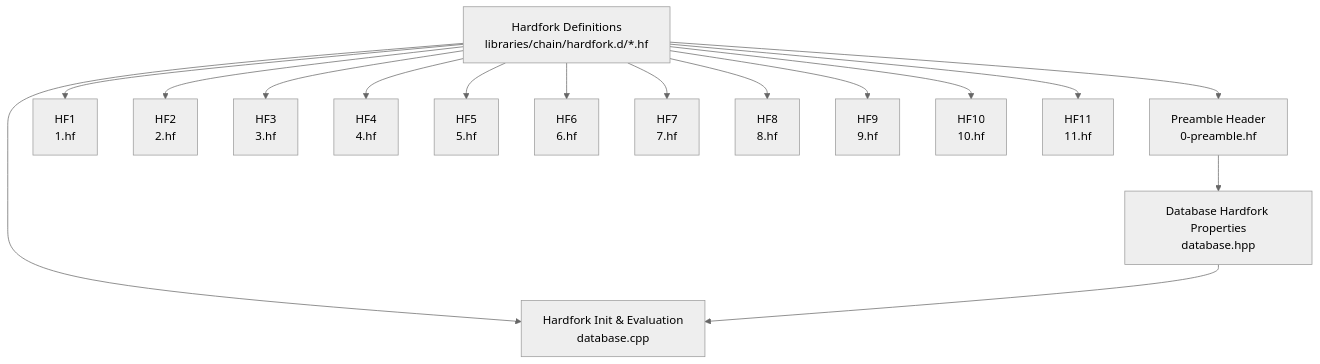
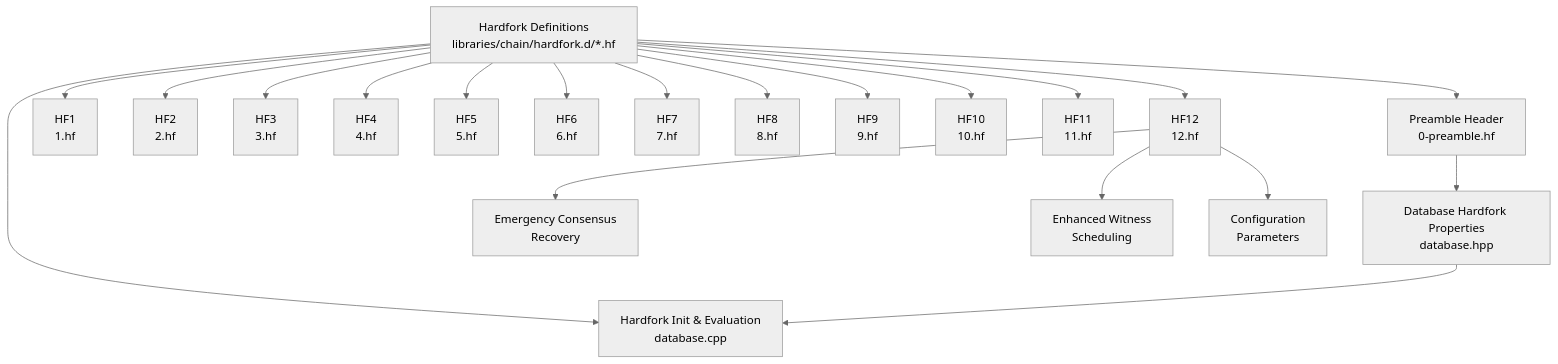
Before and after one commit to VIZ-Blockchain/viz-cpp-node: the first of 7 diagrams in .qoder/repowiki/en/content/Advanced Topics/Hardfork Management.md, drawn with Mermaid (neutral theme). The commit also changed other lines of this file and 4 other files, not shown here.

First line of the commit message:
feat(hardfork): add HF12 emergency consensus recovery mechanisms

````diff
--- a/.qoder/repowiki/en/content/Advanced Topics/Hardfork Management.md
+++ b/.qoder/repowiki/en/content/Advanced Topics/Hardfork Management.md
@@ -42,33 +57,41 @@
 ```mermaid
 graph TB
 HFDir["Hardfork Definitions<br/>libraries/chain/hardfork.d/*.hf"]
 Preamble["Preamble Header<br/>0-preamble.hf"]
 HF1["HF1<br/>1.hf"]
 HF2["HF2<br/>2.hf"]
 HF3["HF3<br/>3.hf"]
 HF4["HF4<br/>4.hf"]
 HF5["HF5<br/>5.hf"]
 HF6["HF6<br/>6.hf"]
 HF7["HF7<br/>7.hf"]
 HF8["HF8<br/>8.hf"]
 HF9["HF9<br/>9.hf"]
 HF10["HF10<br/>10.hf"]
 HF11["HF11<br/>11.hf"]
+HF12["HF12<br/>12.hf"]
 DBHdr["Database Hardfork Properties<br/>database.hpp"]
 DBInit["Hardfork Init & Evaluation<br/>database.cpp"]
+Emergency["Emergency Consensus<br/>Recovery"]
+Witness["Enhanced Witness<br/>Scheduling"]
+Config["Configuration<br/>Parameters"]
 HFDir --> Preamble
 HFDir --> HF1
 HFDir --> HF2
 HFDir --> HF3
 HFDir --> HF4
 HFDir --> HF5
 HFDir --> HF6
 HFDir --> HF7
 HFDir --> HF8
 HFDir --> HF9
 HFDir --> HF10
 HFDir --> HF11
+HFDir --> HF12
 Preamble --> DBHdr
 HFDir --> DBInit
 DBHdr --> DBInit
+HF12 --> Emergency
+HF12 --> Witness
+HF12 --> Config
 ```
````
